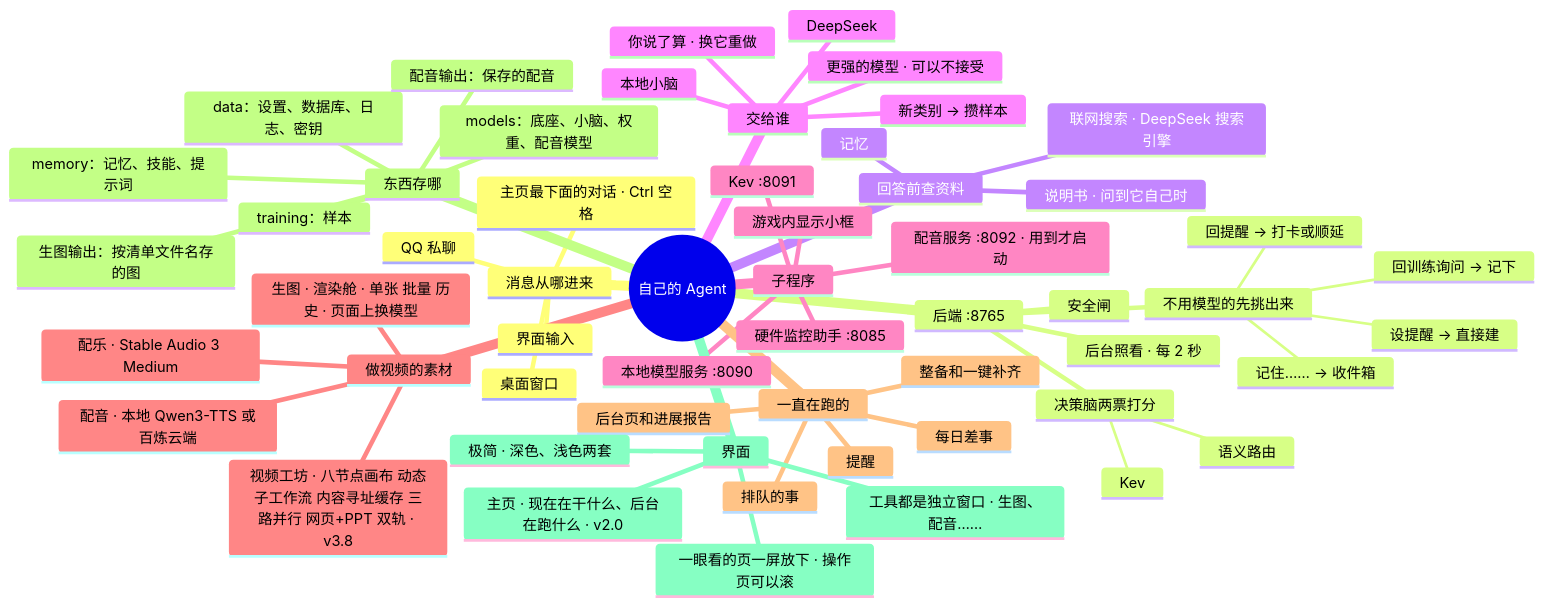
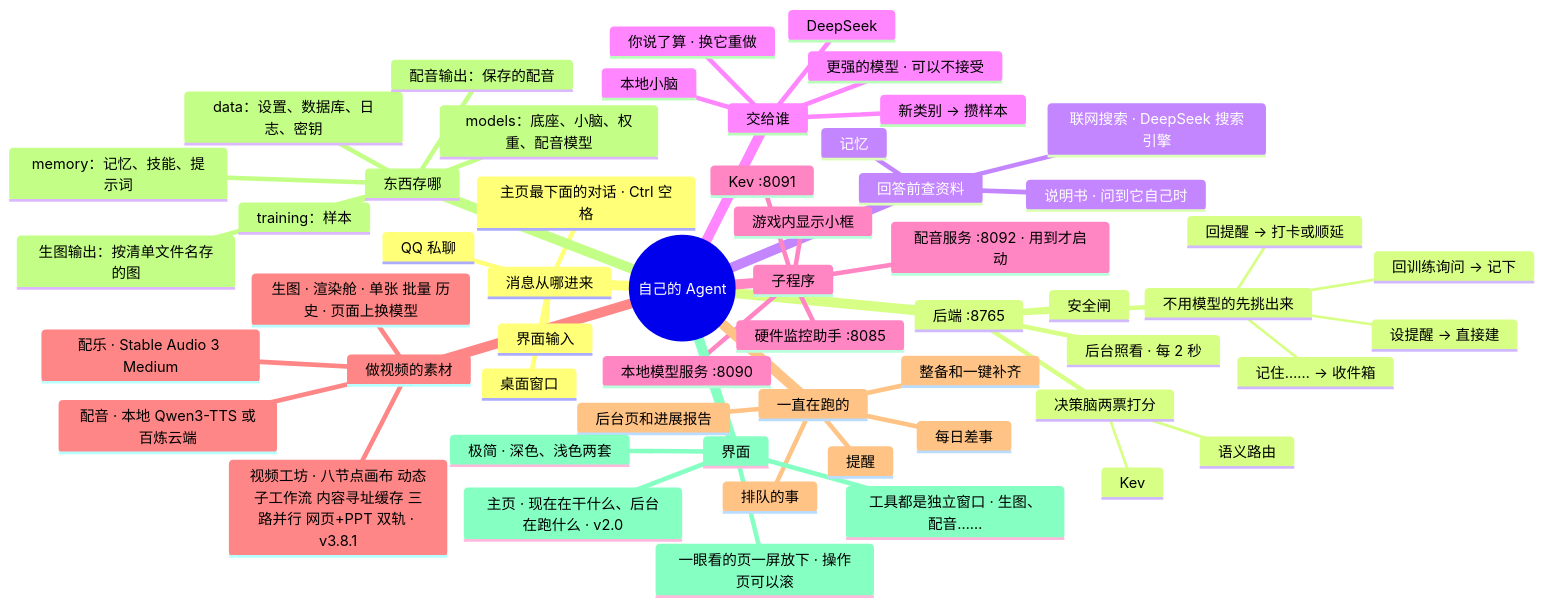
Before and after one commit to lql-076/Experiment-Agent-One: the diagram in docs/AI文档/架构/00-总览.md, drawn with Mermaid. The commit also changed other lines of this file and 19 other files, not shown here.

Commit message:
v3.8.1：视频工坊默认可测节点与手动增删、GPT Image 2.6 全参数（普通/GIF/SVG、尺寸校验、16 参考图）、网页/PPT 轨道缓存

```diff
--- a/docs/AI文档/架构/00-总览.md
+++ b/docs/AI文档/架构/00-总览.md
@@ -68,7 +68,7 @@
       :::go-15
       配乐 · Stable Audio 3 Medium
       :::go-18
-      视频工坊 · 八节点画布 动态子工作流 内容寻址缓存 三路并行 网页+PPT 双轨 · v3.8
+      视频工坊 · 八节点画布 动态子工作流 内容寻址缓存 三路并行 网页+PPT 双轨 · v3.8.1
       :::go-20
     一直在跑的
       提醒
```
